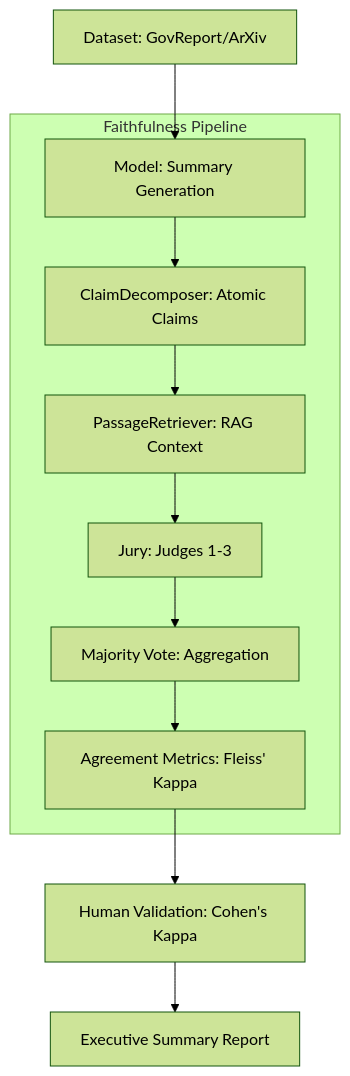
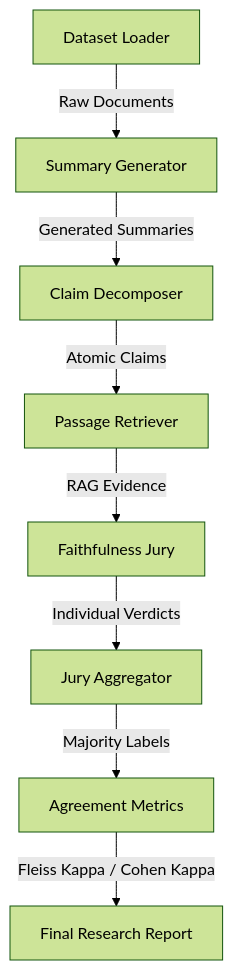
Before and after one commit to riyashikanedunchezhian-lgtm/llm-evaluation-harness: the diagram in faithfulness/ARCHITECTURE.md, drawn with Mermaid (forest theme). The commit also changed other lines of this file and 28479 other files, not shown here.

Commit message:
feat: elevate faithfulness framework to research-grade with RAV and Jury metrics

````diff
--- a/faithfulness/ARCHITECTURE.md
+++ b/faithfulness/ARCHITECTURE.md
@@ -9,21 +9,10 @@
 ```mermaid
 graph TD
-    A[Dataset: GovReport/ArXiv] --> B[Model: Summary Generation]
-    B --> C[ClaimDecomposer: Atomic Claims]
-    C --> D[PassageRetriever: RAG Context]
-    D --> E[Jury: Judges 1-3]
-    E --> F[Majority Vote: Aggregation]
-    F --> G[Agreement Metrics: Fleiss' Kappa]
-    G --> H[Human Validation: Cohen's Kappa]
-    
-    subgraph "Faithfulness Pipeline"
-    B
-    C
-    D
-    E
-    F
-    G
-    end
-    
-    H --> I[Executive Summary Report]
+    A[Dataset Loader] -->|Raw Documents| B[Summary Generator]
+    B -->|Generated Summaries| C[Claim Decomposer]
+    C -->|Atomic Claims| D[Passage Retriever]
+    D -->|RAG Evidence| E[Faithfulness Jury]
+    E -->|Individual Verdicts| F[Jury Aggregator]
+    F -->|Majority Labels| G[Agreement Metrics]
+    G -->|Fleiss Kappa / Cohen Kappa| H[Final Research Report]
 ```
````
